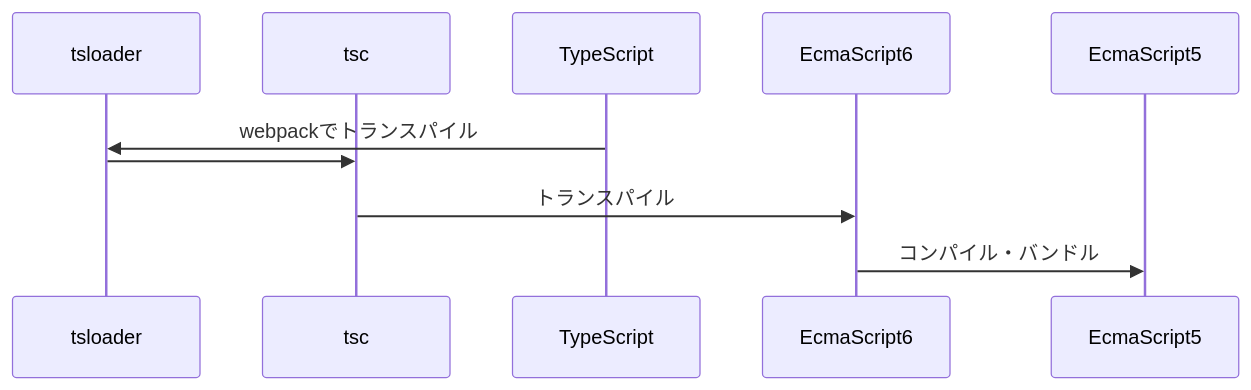
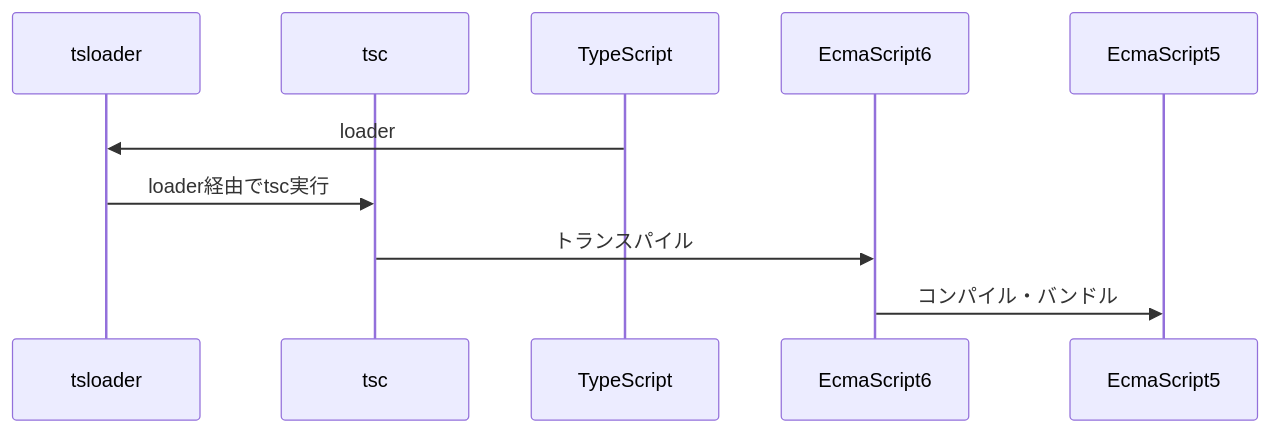
One commit to masapon06/react18-template changed the diagram in README.md. Above: the diagram before and after it, drawn with Mermaid.

Commit message:
[update] mermaid

````diff
--- a/README.md
+++ b/README.md
@@ -21,13 +21,12 @@
 ```mermaid
 sequenceDiagram
-participant tsl as tsloader
-participant tsc as tsc
-participant ts as TypeScript
-participant es6 as EcmaScript6
-participant es5 as EcmaScript5
-
-ts ->> tsl: webpackでトランスパイル
-tsl ->> tsc:
-tsc ->> es6: トランスパイル
-es6 ->> es5: コンパイル・バンドル
+    participant tsl as tsloader
+    participant tsc as tsc
+    participant ts as TypeScript
+    participant es6 as EcmaScript6
+    participant es5 as EcmaScript5
+    ts ->> tsl: loader
+    tsl ->> tsc: loader経由でtsc実行
+    tsc ->> es6: トランスパイル
+    es6 ->> es5: コンパイル・バンドル
 ```
````
